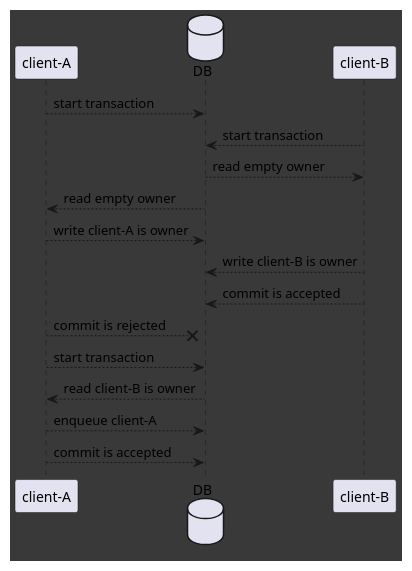
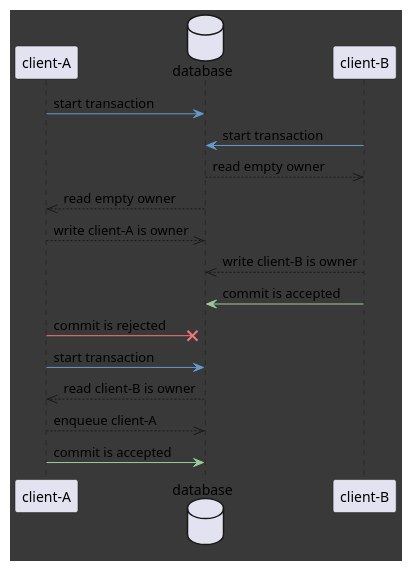
Before and after one commit to janderland/janderland: the diagram in img/seq.puml, drawn with PlantUML.

Commit message:
Added more styling to sequence diagram.

```diff
--- a/img/seq.puml
+++ b/img/seq.puml
@@ -1,33 +1,46 @@
 @startuml
 
 <style>
 document {
 	BackgroundColor #393939
 	LineColor #E8E6DF
 	FontColor #E8E6DF
 	FontName Roboto
+	Padding 10px
+}
+
+.success {
+  LineColor #99cc99
+}
+
+.warning {
+  LineColor #6699cc
+}
+
+.failure {
+  LineColor #f2777a
 }
 </style>
 
 participant "client-A"
-database DB
+database database
 participant "client-B"
 
-"client-A" --> DB: start transaction
-"client-B" --> DB: start transaction
+"client-A" -> database <<warning>>: start transaction
+"client-B" -> database <<warning>>: start transaction
 
-"client-B" <-- DB: read empty owner 
-"client-A" <-- DB: read empty owner
+"client-B" <<-- database: read empty owner 
+"client-A" <<-- database: read empty owner
 
-"client-A" --> DB: write client-A is owner
-"client-B" --> DB: write client-B is owner
+"client-A" -->> database: write client-A is owner
+"client-B" -->> database: write client-B is owner
 
-"client-B" --> DB: commit is accepted
-"client-A" --X DB: commit is rejected
+"client-B" -> database <<success>>: commit is accepted
+"client-A" -X database <<failure>>: commit is rejected 
 
-"client-A" --> DB: start transaction
-"client-A" <-- DB: read client-B is owner
-"client-A" --> DB: enqueue client-A
-"client-A" --> DB: commit is accepted
+"client-A" -> database <<warning>>: start transaction
+"client-A" <<-- database: read client-B is owner
+"client-A" -->> database: enqueue client-A
+"client-A" -> database <<success>>: commit is accepted
 
 @enduml
```
